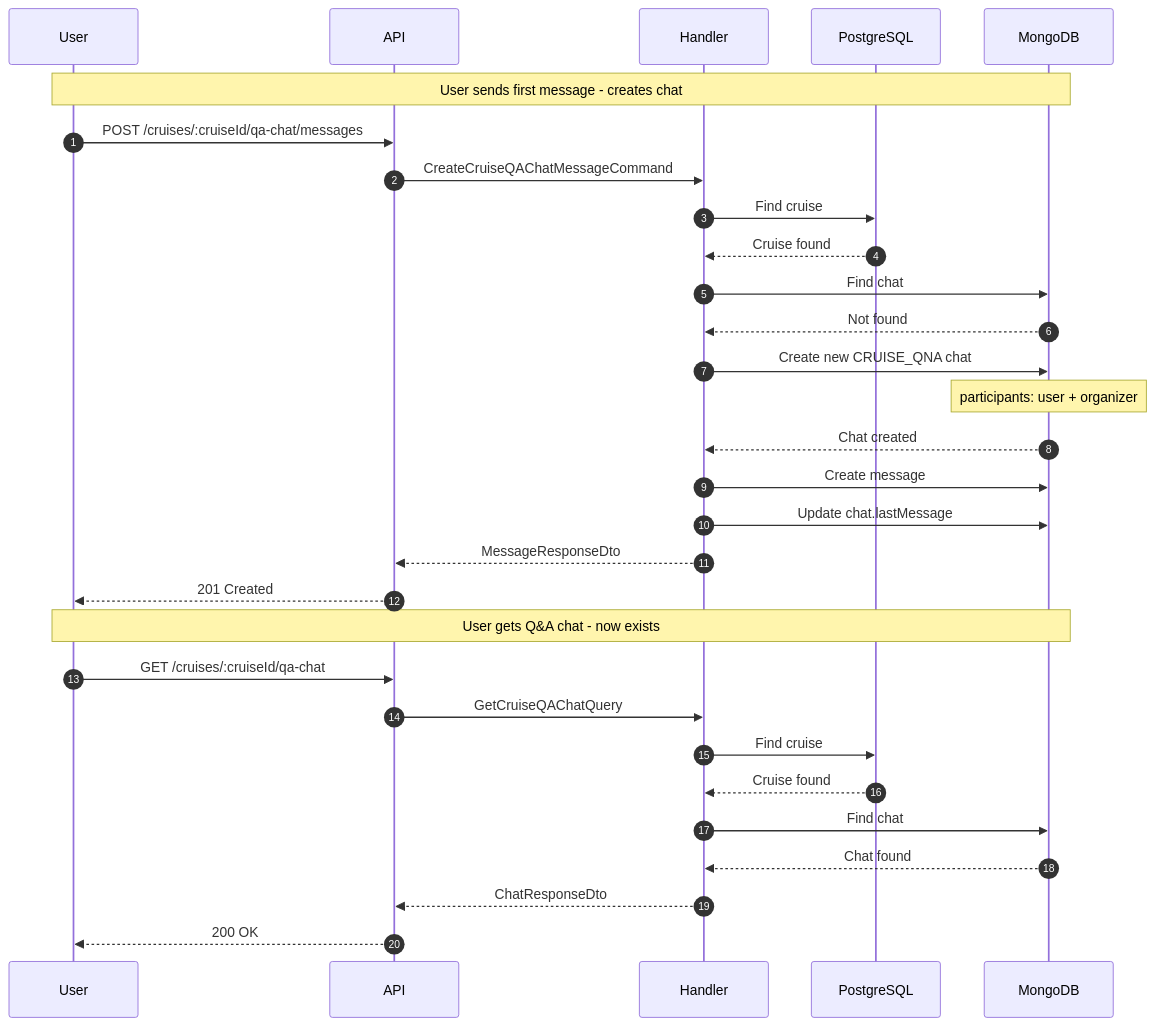
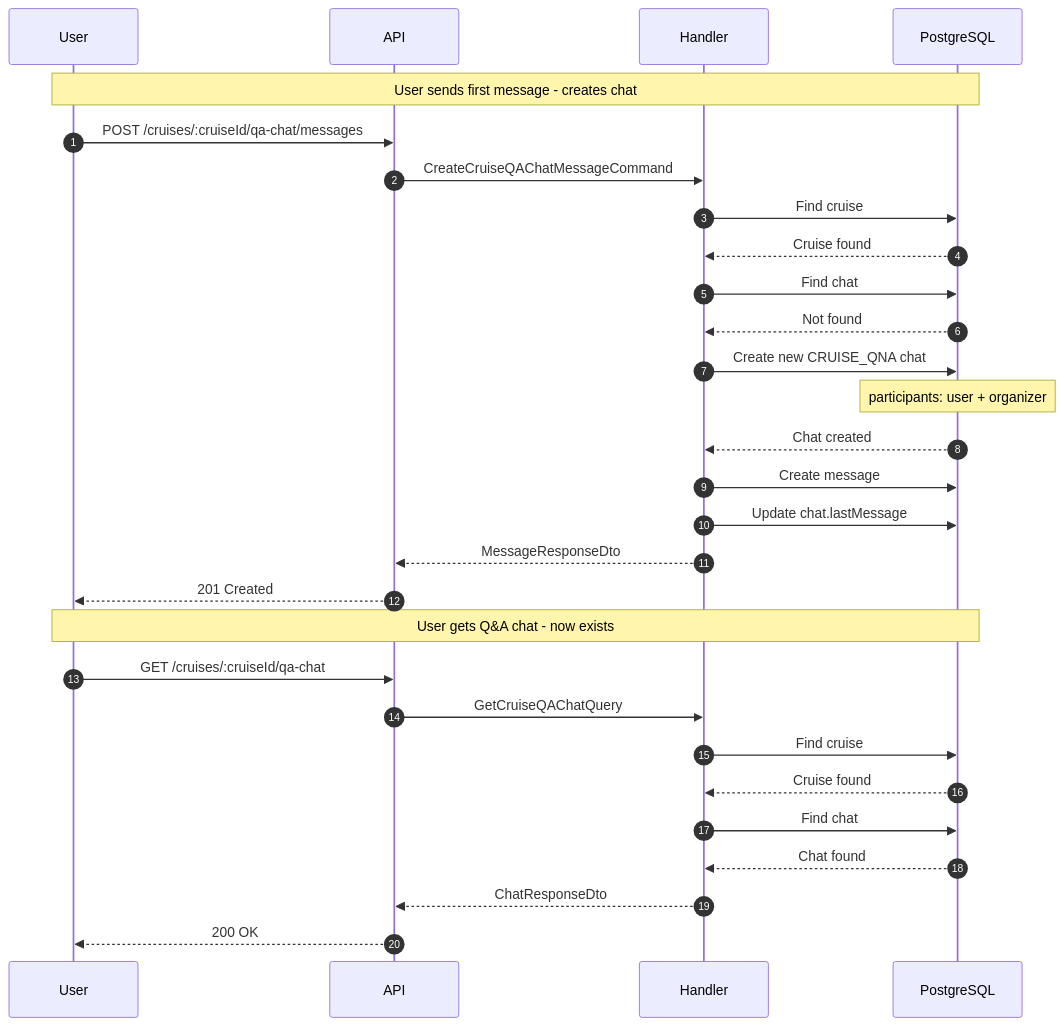
Before and after one commit to kardasz/skipper-club-android: the fourth of 5 diagrams in docs/api/reference/flows/cruise-chat-flows.md, drawn with Mermaid. The commit also changed other lines of this file and 45 other files, not shown here.

````diff
--- a/docs/api/reference/flows/cruise-chat-flows.md
+++ b/docs/api/reference/flows/cruise-chat-flows.md
@@ -154,34 +153,33 @@
 ```mermaid
 sequenceDiagram
     autonumber
     participant User as User
     participant API as API
     participant Handler as Handler
     participant PG as PostgreSQL
-    participant MG as MongoDB
 
-    Note over User,MG: User sends first message - creates chat
+    Note over User,PG: User sends first message - creates chat
     User->>API: POST /cruises/:cruiseId/qa-chat/messages
     API->>Handler: CreateCruiseQAChatMessageCommand
     Handler->>PG: Find cruise
     PG-->>Handler: Cruise found
-    Handler->>MG: Find chat
-    MG-->>Handler: Not found
-    Handler->>MG: Create new CRUISE_QNA chat
-    Note over MG: participants: user + organizer
-    MG-->>Handler: Chat created
-    Handler->>MG: Create message
-    Handler->>MG: Update chat.lastMessage
+    Handler->>PG: Find chat
+    PG-->>Handler: Not found
+    Handler->>PG: Create new CRUISE_QNA chat
+    Note over PG: participants: user + organizer
+    PG-->>Handler: Chat created
+    Handler->>PG: Create message
+    Handler->>PG: Update chat.lastMessage
     Handler-->>API: MessageResponseDto
     API-->>User: 201 Created
 
-    Note over User,MG: User gets Q&A chat - now exists
+    Note over User,PG: User gets Q&A chat - now exists
     User->>API: GET /cruises/:cruiseId/qa-chat
     API->>Handler: GetCruiseQAChatQuery
     Handler->>PG: Find cruise
     PG-->>Handler: Cruise found
-    Handler->>MG: Find chat
-    MG-->>Handler: Chat found
+    Handler->>PG: Find chat
+    PG-->>Handler: Chat found
     Handler-->>API: ChatResponseDto
     API-->>User: 200 OK
 ```
````
